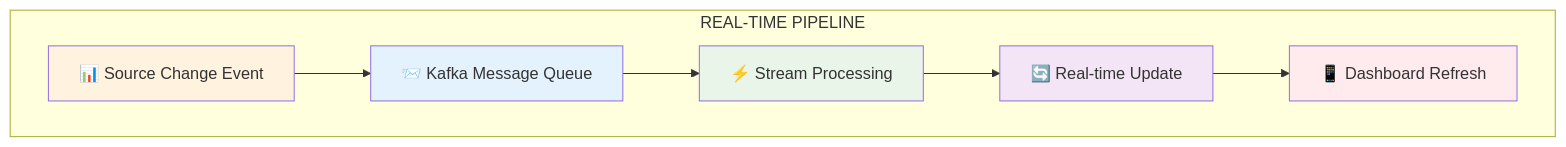
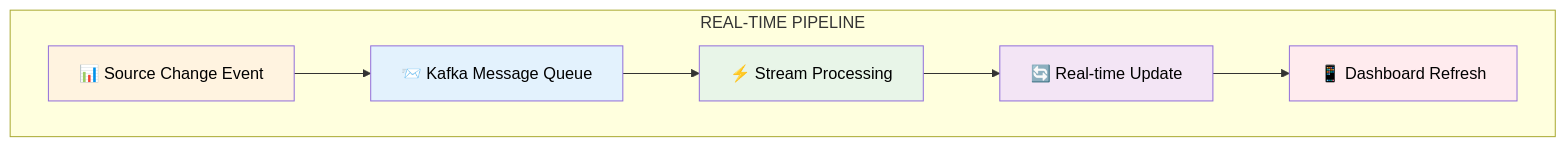
Before and after one commit to sonphampac/ReportAI: diagram 11 of 13 in README_CDP_PAC.md, drawn with Mermaid. The commit also changed other lines of this file, not shown here.

````diff
--- a/README_CDP_PAC.md
+++ b/README_CDP_PAC.md
@@ -1388,21 +1365,21 @@
 ```mermaid
 graph TD
     subgraph "REAL-TIME PIPELINE"
         S[📊 Source Change Event]
         K[📨 Kafka Message Queue]
         P[⚡ Stream Processing]
         R[🔄 Real-time Update]
         D[📱 Dashboard Refresh]
     end
     
     S --> K
     K --> P 
     P --> R
     R --> D
     
-    style S fill:#fff3e0
-    style K fill:#e3f2fd
-    style P fill:#e8f5e8
-    style R fill:#f3e5f5
-    style D fill:#ffebee
+    style S fill:#fff3e0,color:#000000
+    style K fill:#e3f2fd,color:#000000
+    style P fill:#e8f5e8,color:#000000
+    style R fill:#f3e5f5,color:#000000
+    style D fill:#ffebee,color:#000000
 ```
````
